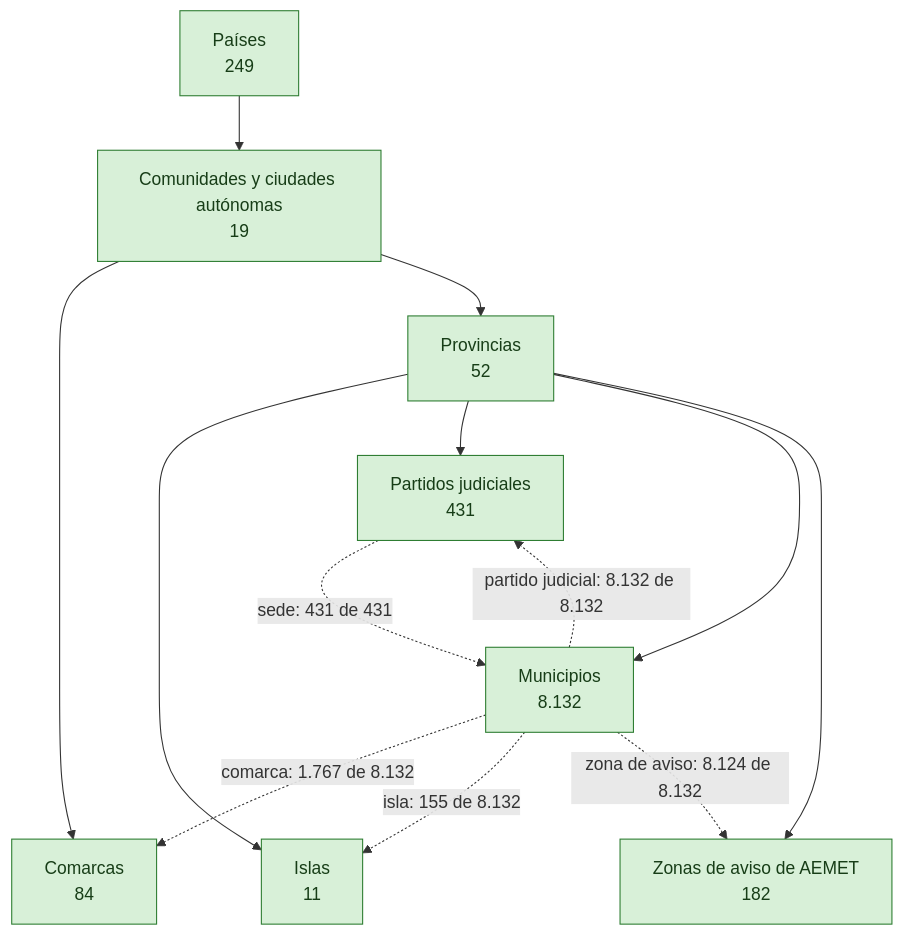
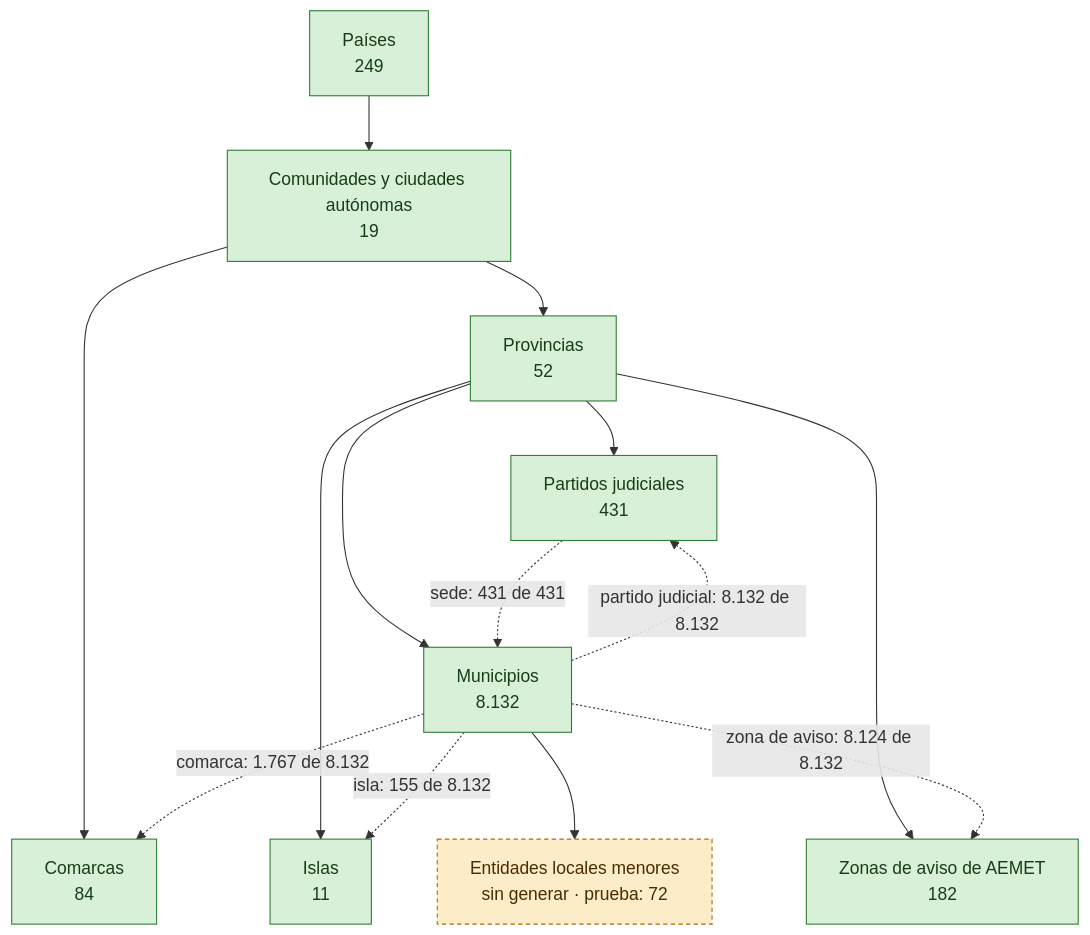
The first of 6 diagrams in docs/estado.md (alertapublica/territorios-es), drawn with Mermaid before and after one commit. The commit also changed other lines of this file and 22 other files, not shown here.

````diff
--- a/docs/estado.md
+++ b/docs/estado.md
@@ -15,27 +15,29 @@
 ```mermaid
 flowchart TB
   accTitle: Territorios
   autonomous_community["Comunidades y ciudades autónomas<br>19"]:::done
   province["Provincias<br>52"]:::done
   municipality["Municipios<br>8.132"]:::done
   island["Islas<br>11"]:::done
   judicial_district["Partidos judiciales<br>431"]:::done
   warning_zone["Zonas de aviso de AEMET<br>182"]:::done
   comarca["Comarcas<br>84"]:::done
+  minor_local_entity["Entidades locales menores<br>sin generar · prueba: 72"]:::todo
   country["Países<br>249"]:::done
   autonomous_community --> comarca
   autonomous_community --> province
   country --> autonomous_community
+  municipality --> minor_local_entity
   province --> island
   province --> judicial_district
   province --> municipality
   province --> warning_zone
   judicial_district -.->|"sede: 431 de 431"| municipality
   municipality -.->|"comarca: 1.767 de 8.132"| comarca
   municipality -.->|"isla: 155 de 8.132"| island
   municipality -.->|"partido judicial: 8.132 de 8.132"| judicial_district
   municipality -.->|"zona de aviso: 8.124 de 8.132"| warning_zone
   classDef done fill:#d8f0d8,stroke:#2e7d32,color:#173d17
   classDef todo fill:#fdecc8,stroke:#b26a00,color:#4a2c00,stroke-dasharray:4 3
   classDef box fill:#e6eef8,stroke:#3b6ea8,color:#14304f
 ```
````
